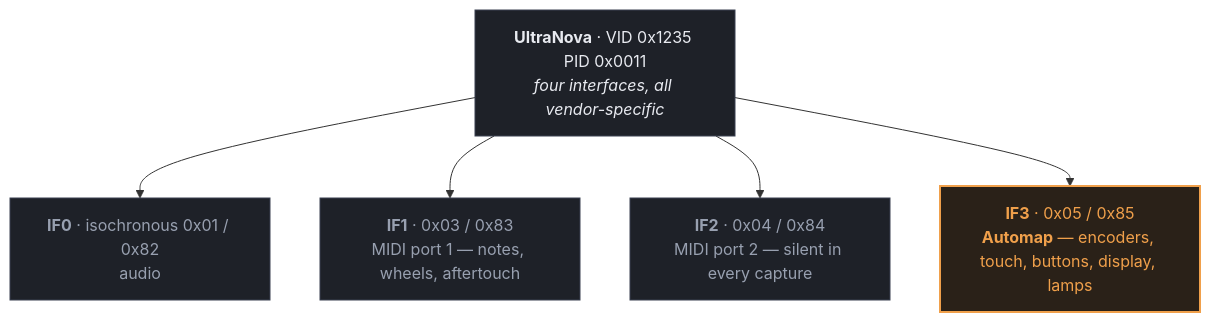
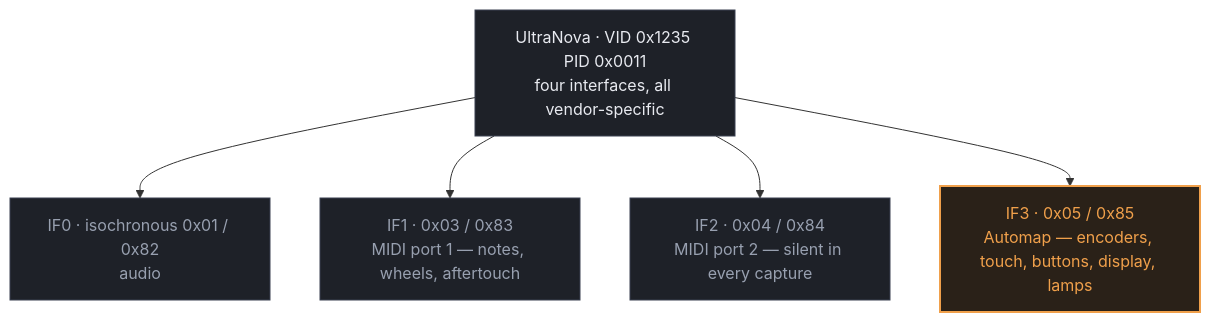
The second of 3 diagrams in README.md (Alex-Electron/UltraNovaCtl), drawn with Mermaid before and after one commit. The commit also changed other lines of this file and 1 other file, not shown here.

Commit message:
README: drop HTML tags from mermaid labels - GitHub renders with htmlLabels off

````diff
--- a/README.md
+++ b/README.md
@@ -154,15 +154,15 @@
 ```mermaid
 flowchart TB
-    U["<b>UltraNova</b> · VID 0x1235 PID 0x0011<br/><i>four interfaces, all vendor-specific</i>"]
-    U --> I0["<b>IF0</b> · isochronous 0x01 / 0x82<br/>audio"]
-    U --> I1["<b>IF1</b> · 0x03 / 0x83<br/>MIDI port 1 — notes, wheels, aftertouch"]
-    U --> I2["<b>IF2</b> · 0x04 / 0x84<br/>MIDI port 2 — silent in every capture"]
-    U --> I3["<b>IF3</b> · 0x05 / 0x85<br/><b>Automap</b> — encoders, touch, buttons, display, lamps"]
+    U["UltraNova · VID 0x1235 PID 0x0011<br/>four interfaces, all vendor-specific"]
+    U --> I0["IF0 · isochronous 0x01 / 0x82<br/>audio"]
+    U --> I1["IF1 · 0x03 / 0x83<br/>MIDI port 1 — notes, wheels, aftertouch"]
+    U --> I2["IF2 · 0x04 / 0x84<br/>MIDI port 2 — silent in every capture"]
+    U --> I3["IF3 · 0x05 / 0x85<br/>Automap — encoders, touch, buttons, display, lamps"]
 
     classDef head fill:#1e2128,stroke:#3a4050,color:#e8eaf0
     classDef dim  fill:#1e2128,stroke:#3a4050,color:#98a0b0
     classDef hot  fill:#2a2118,stroke:#f0a04b,stroke-width:2px,color:#f0a04b
     class U head
     class I0,I1,I2 dim
     class I3 hot
 ```
````
